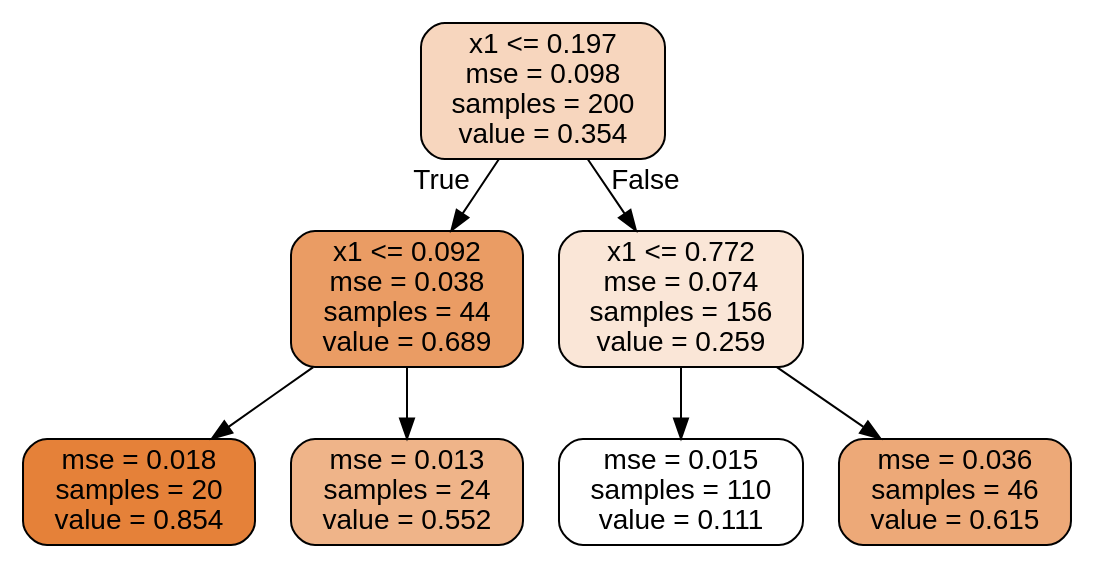
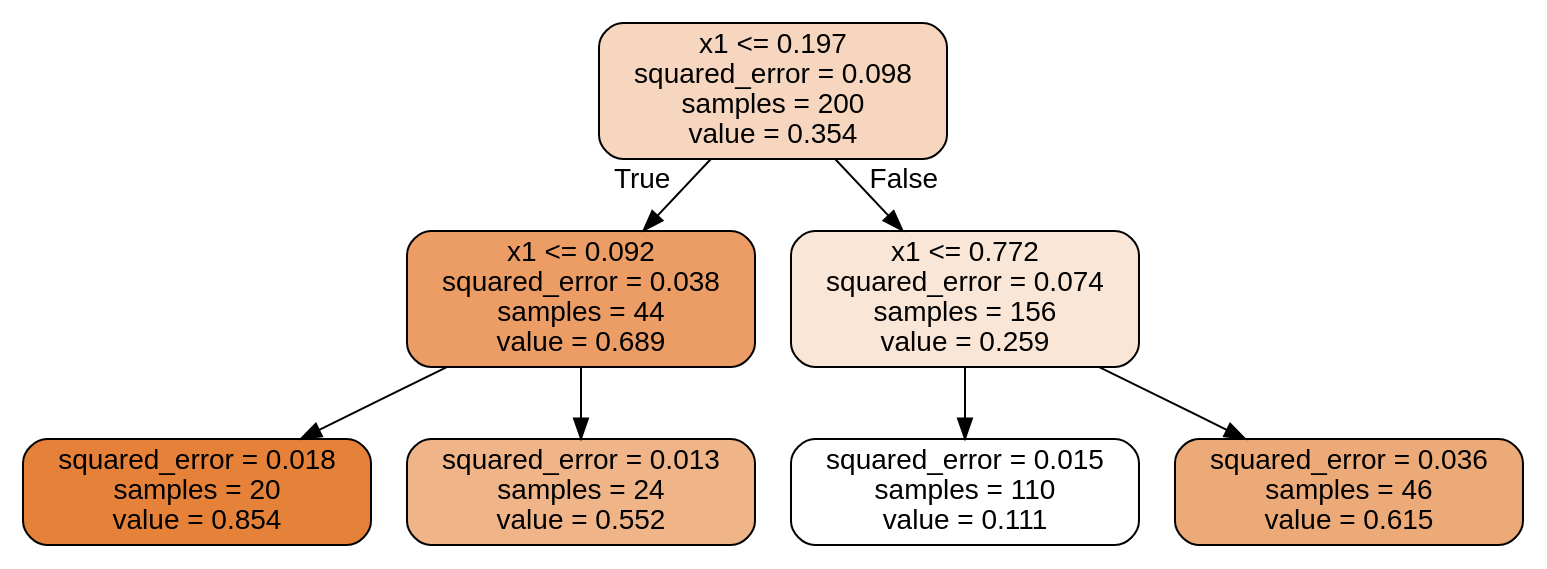
Before and after one commit to superman1006/McLearning: the diagram in 12-决策树实验分析/regression_tree.dot, drawn with Graphviz. The commit also changed 3 other files, not shown here.

```diff
--- a/12-决策树实验分析/regression_tree.dot
+++ b/12-决策树实验分析/regression_tree.dot
@@ -1,17 +1,17 @@
 digraph Tree {
-node [shape=box, style="filled, rounded", color="black", fontname=helvetica] ;
-edge [fontname=helvetica] ;
-0 [label="x1 <= 0.197\nmse = 0.098\nsamples = 200\nvalue = 0.354", fillcolor="#e5813953"] ;
-1 [label="x1 <= 0.092\nmse = 0.038\nsamples = 44\nvalue = 0.689", fillcolor="#e58139c7"] ;
+node [shape=box, style="filled, rounded", color="black", fontname="helvetica"] ;
+edge [fontname="helvetica"] ;
+0 [label="x1 <= 0.197\nsquared_error = 0.098\nsamples = 200\nvalue = 0.354", fillcolor="#f6d6be"] ;
+1 [label="x1 <= 0.092\nsquared_error = 0.038\nsamples = 44\nvalue = 0.689", fillcolor="#eb9d65"] ;
 0 -> 1 [labeldistance=2.5, labelangle=45, headlabel="True"] ;
-2 [label="mse = 0.018\nsamples = 20\nvalue = 0.854", fillcolor="#e58139ff"] ;
+2 [label="squared_error = 0.018\nsamples = 20\nvalue = 0.854", fillcolor="#e58139"] ;
 1 -> 2 ;
-3 [label="mse = 0.013\nsamples = 24\nvalue = 0.552", fillcolor="#e5813998"] ;
+3 [label="squared_error = 0.013\nsamples = 24\nvalue = 0.552", fillcolor="#f0b489"] ;
 1 -> 3 ;
-4 [label="x1 <= 0.772\nmse = 0.074\nsamples = 156\nvalue = 0.259", fillcolor="#e5813933"] ;
+4 [label="x1 <= 0.772\nsquared_error = 0.074\nsamples = 156\nvalue = 0.259", fillcolor="#fae6d7"] ;
 0 -> 4 [labeldistance=2.5, labelangle=-45, headlabel="False"] ;
-5 [label="mse = 0.015\nsamples = 110\nvalue = 0.111", fillcolor="#e5813900"] ;
+5 [label="squared_error = 0.015\nsamples = 110\nvalue = 0.111", fillcolor="#ffffff"] ;
 4 -> 5 ;
-6 [label="mse = 0.036\nsamples = 46\nvalue = 0.615", fillcolor="#e58139ad"] ;
+6 [label="squared_error = 0.036\nsamples = 46\nvalue = 0.615", fillcolor="#edaa79"] ;
 4 -> 6 ;
 }
```
